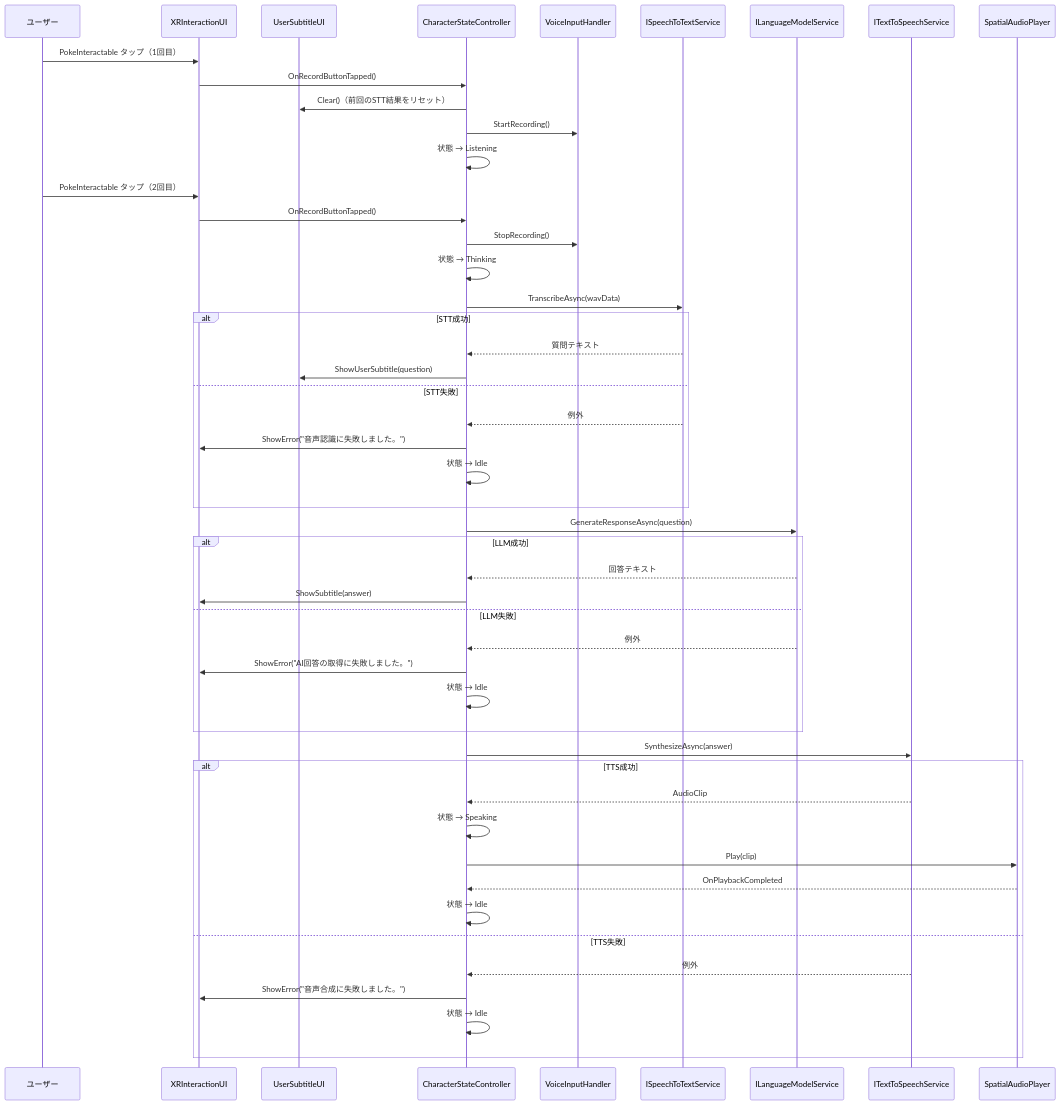
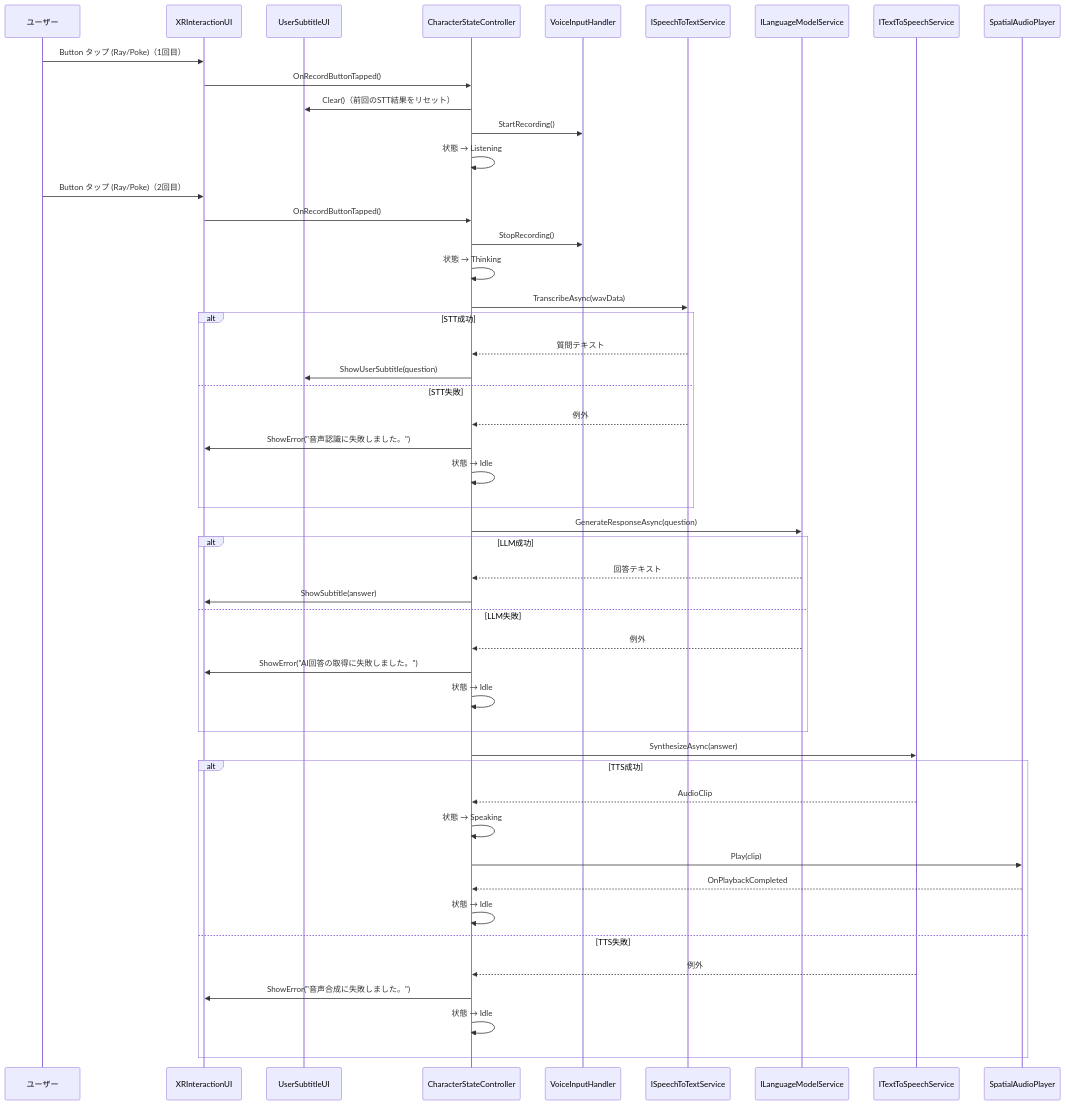
One commit to ken00012/MRCharBase changed the third of 7 diagrams in prototype_design.md. Above: the diagram before and after it, drawn with Mermaid. The commit also changed other lines of this file and 4 other files, not shown here.

````diff
--- a/prototype_design.md
+++ b/prototype_design.md
@@ -116,56 +116,56 @@
 ```mermaid
 sequenceDiagram
     participant U as ユーザー
     participant UI as XRInteractionUI
     participant USUI as UserSubtitleUI
     participant CSC as CharacterStateController
     participant VIH as VoiceInputHandler
     participant STT as ISpeechToTextService
     participant LLM as ILanguageModelService
     participant TTS as ITextToSpeechService
     participant SAP as SpatialAudioPlayer
 
-    U->>UI: PokeInteractable タップ（1回目）
+    U->>UI: Button タップ (Ray/Poke)（1回目）
     UI->>CSC: OnRecordButtonTapped()
     CSC->>USUI: Clear()（前回のSTT結果をリセット）
     CSC->>VIH: StartRecording()
     CSC->>CSC: 状態 → Listening
 
-    U->>UI: PokeInteractable タップ（2回目）
+    U->>UI: Button タップ (Ray/Poke)（2回目）
     UI->>CSC: OnRecordButtonTapped()
     CSC->>VIH: StopRecording()
     CSC->>CSC: 状態 → Thinking
 
     CSC->>STT: TranscribeAsync(wavData)
     alt STT成功
         STT-->>CSC: 質問テキスト
         CSC->>USUI: ShowUserSubtitle(question)
     else STT失敗
         STT-->>CSC: 例外
         CSC->>UI: ShowError("音声認識に失敗しました。")
         CSC->>CSC: 状態 → Idle
     end
 
     CSC->>LLM: GenerateResponseAsync(question)
     alt LLM成功
         LLM-->>CSC: 回答テキスト
         CSC->>UI: ShowSubtitle(answer)
     else LLM失敗
         LLM-->>CSC: 例外
         CSC->>UI: ShowError("AI回答の取得に失敗しました。")
         CSC->>CSC: 状態 → Idle
     end
 
     CSC->>TTS: SynthesizeAsync(answer)
     alt TTS成功
         TTS-->>CSC: AudioClip
         CSC->>CSC: 状態 → Speaking
         CSC->>SAP: Play(clip)
         SAP-->>CSC: OnPlaybackCompleted
         CSC->>CSC: 状態 → Idle
     else TTS失敗
         TTS-->>CSC: 例外
         CSC->>UI: ShowError("音声合成に失敗しました。")
         CSC->>CSC: 状態 → Idle
     end
 ```
````
